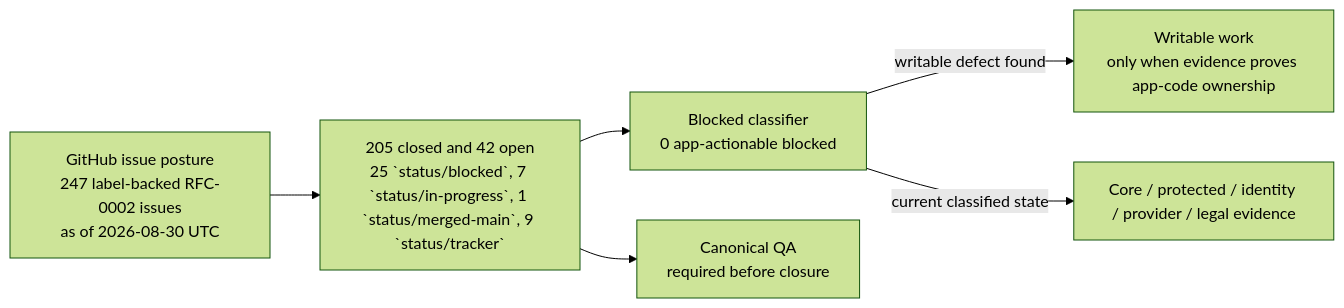
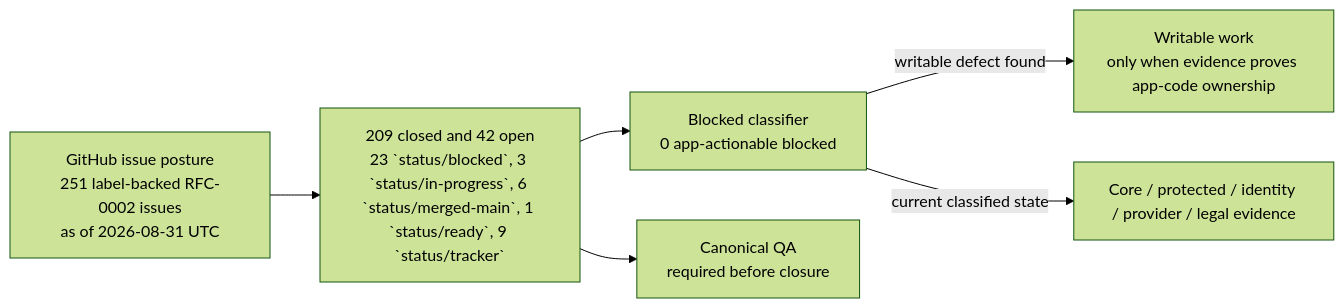
Before and after one commit to sgajbi/lotus-idea: the first of 2 diagrams in wiki/RFC-0002-Execution-Status.md, drawn with Mermaid (forest theme). The commit also changed other lines of this file and 5 other files, not shown here.

````diff
--- a/wiki/RFC-0002-Execution-Status.md
+++ b/wiki/RFC-0002-Execution-Status.md
@@ -48,15 +49,15 @@
 ```mermaid
 flowchart LR
-    Issues["GitHub issue posture<br/>247 label-backed RFC-0002 issues<br/>as of 2026-08-30 UTC"]
-    Open["205 closed and 42 open<br/>25 `status/blocked`, 7 `status/in-progress`, 1 `status/merged-main`, 9 `status/tracker`"]
+    Issues["GitHub issue posture<br/>251 label-backed RFC-0002 issues<br/>as of 2026-08-31 UTC"]
+    Open["209 closed and 42 open<br/>23 `status/blocked`, 3 `status/in-progress`, 6 `status/merged-main`, 1 `status/ready`, 9 `status/tracker`"]
     Blocked["Blocked classifier<br/>0 app-actionable blocked"]
     Work["Writable work<br/>only when evidence proves app-code ownership"]
     External["Core / protected / identity / provider / legal evidence"]
     QA["Canonical QA<br/>required before closure"]
 
     Issues --> Open
     Open --> Blocked
     Blocked -->|"writable defect found"| Work
     Blocked -->|"current classified state"| External
     Open --> QA
 ```
````
